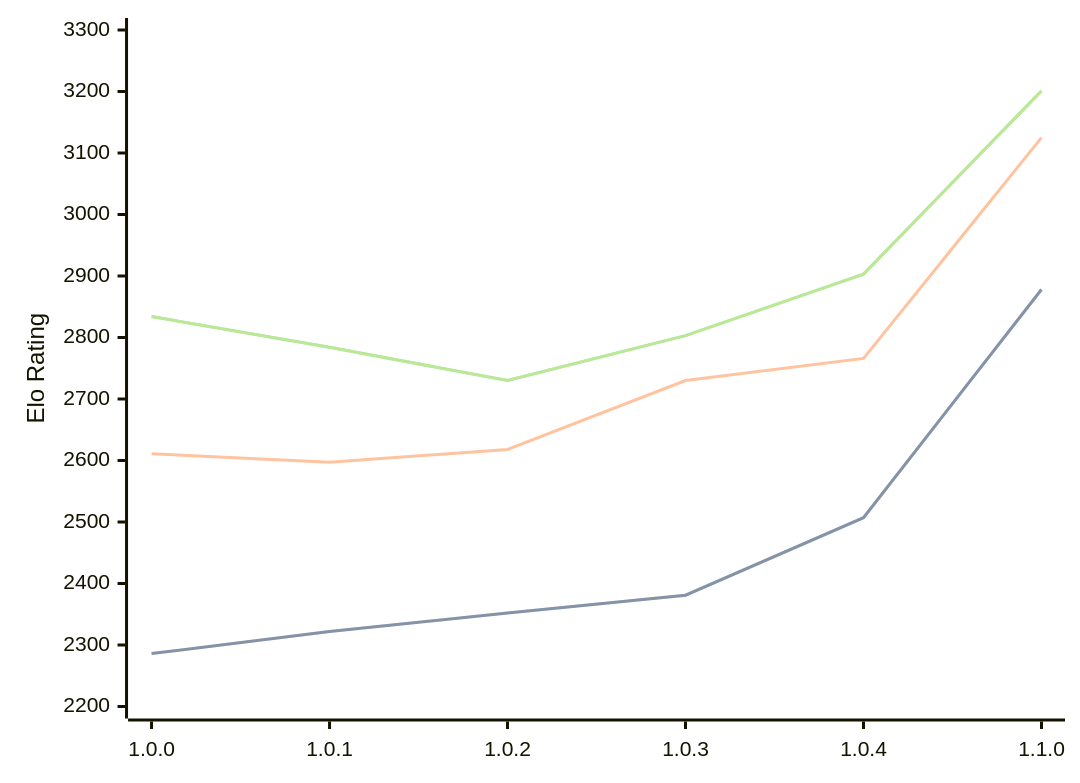
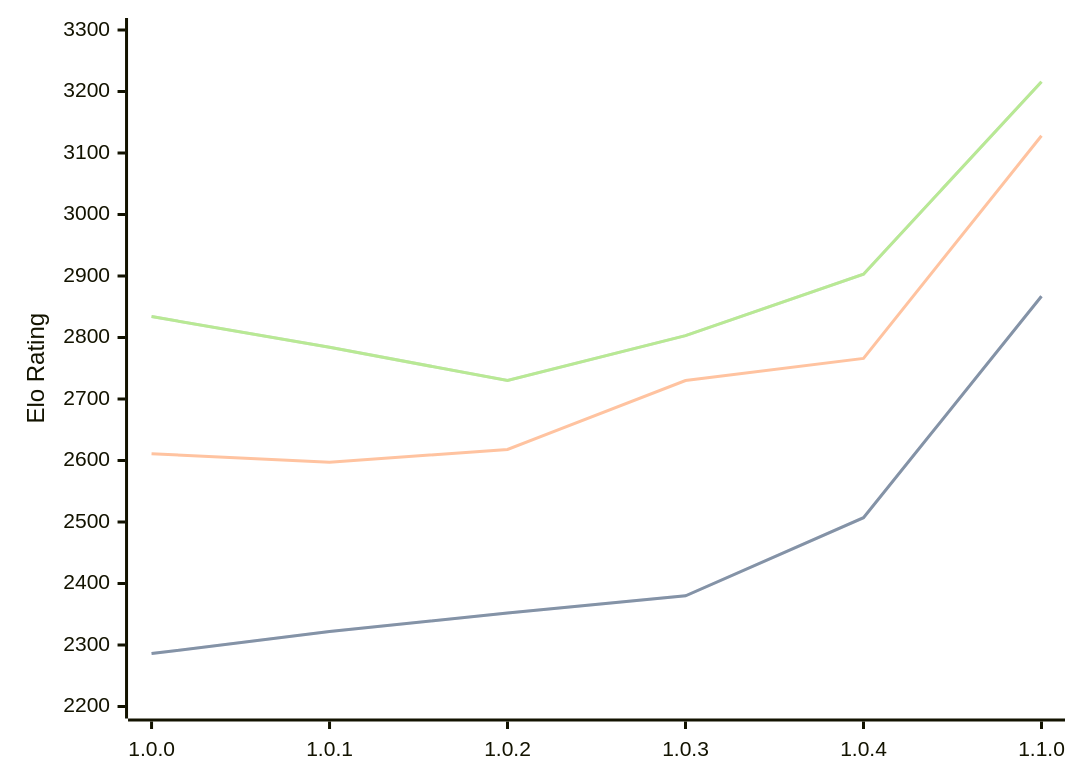
The diagram in engines/Grail.md (computer-chess-index/cci), drawn with Mermaid before and after one commit. The commit also changed other lines of this file, not shown here.

Commit message:
Update CCI Ratings (ELO VLTC) - 2026-03-02

````diff
--- a/engines/Grail.md
+++ b/engines/Grail.md
@@ -34,11 +34,11 @@
 ```mermaid
 %%{init: {"theme":"base","themeVariables":{"seriesColors:['#a3a3a3','#222221','#faa371']}}}%%
 xychart-beta
   x-axis ["1.0.0", "1.0.1", "1.0.2", "1.0.3", "1.0.4", "1.1.0"]
   y-axis "Elo Rating" 2200 --> 3300
-  line "STC (8.0+0.08s)" [2286, 2322, 2352, 2381, 2507, 2878]
-  line "STC (8.0+0.08s)" [2286, 2322, 2352, 2381, 2507, 2878]
-  line "LTC (60.0+0.60s)" [2611, 2597, 2618, 2730, 2766, 3125]
-  line "VLTC (2m24s+1.12s)" [2834, 2784, 2730, 2803, 2903, 3201]
-  line "VLTC (2m24s+1.12s)" [2834, 2784, 2730, 2803, 2903, 3201]
+  line "STC (8.0+0.08s)" [2286, 2322, 2352, 2380, 2507, 2867]
+  line "STC (8.0+0.08s)" [2286, 2322, 2352, 2380, 2507, 2867]
+  line "LTC (60.0+0.60s)" [2611, 2597, 2618, 2730, 2766, 3128]
+  line "VLTC (2m24s+1.12s)" [2834, 2784, 2730, 2803, 2903, 3216]
+  line "VLTC (2m24s+1.12s)" [2834, 2784, 2730, 2803, 2903, 3216]
 ```
````
